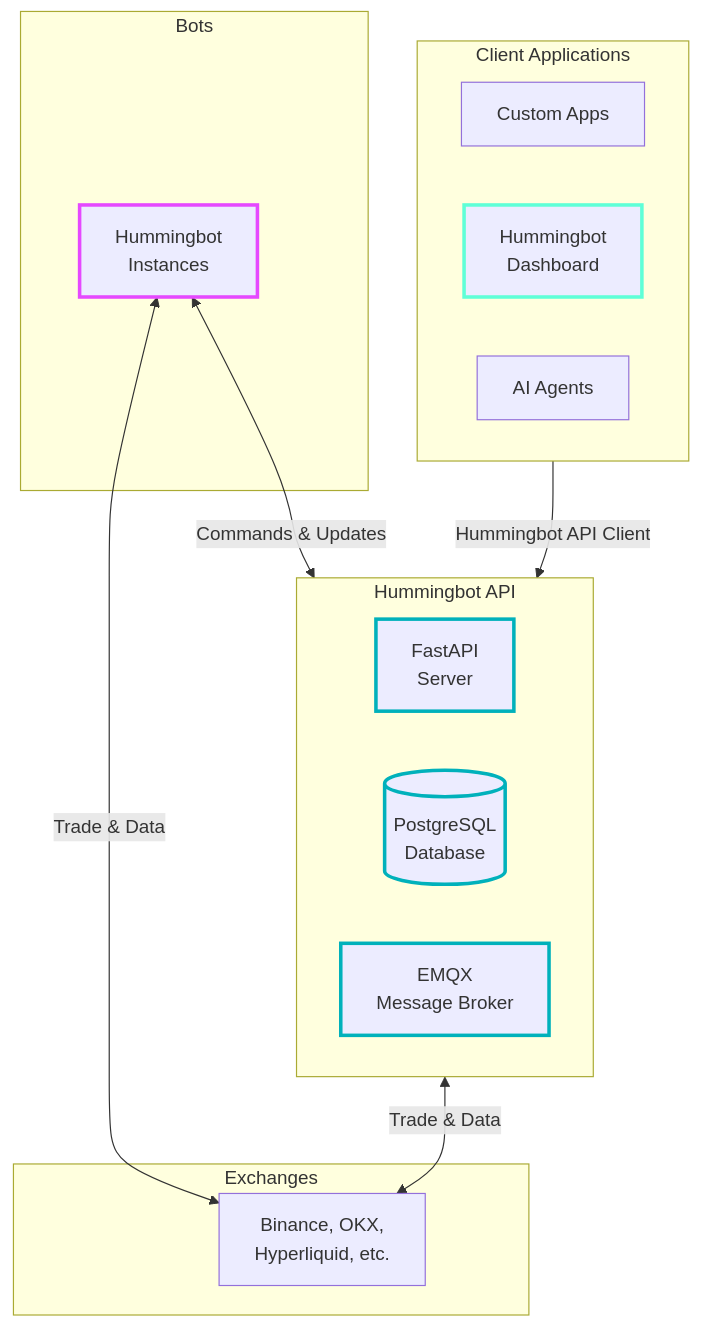
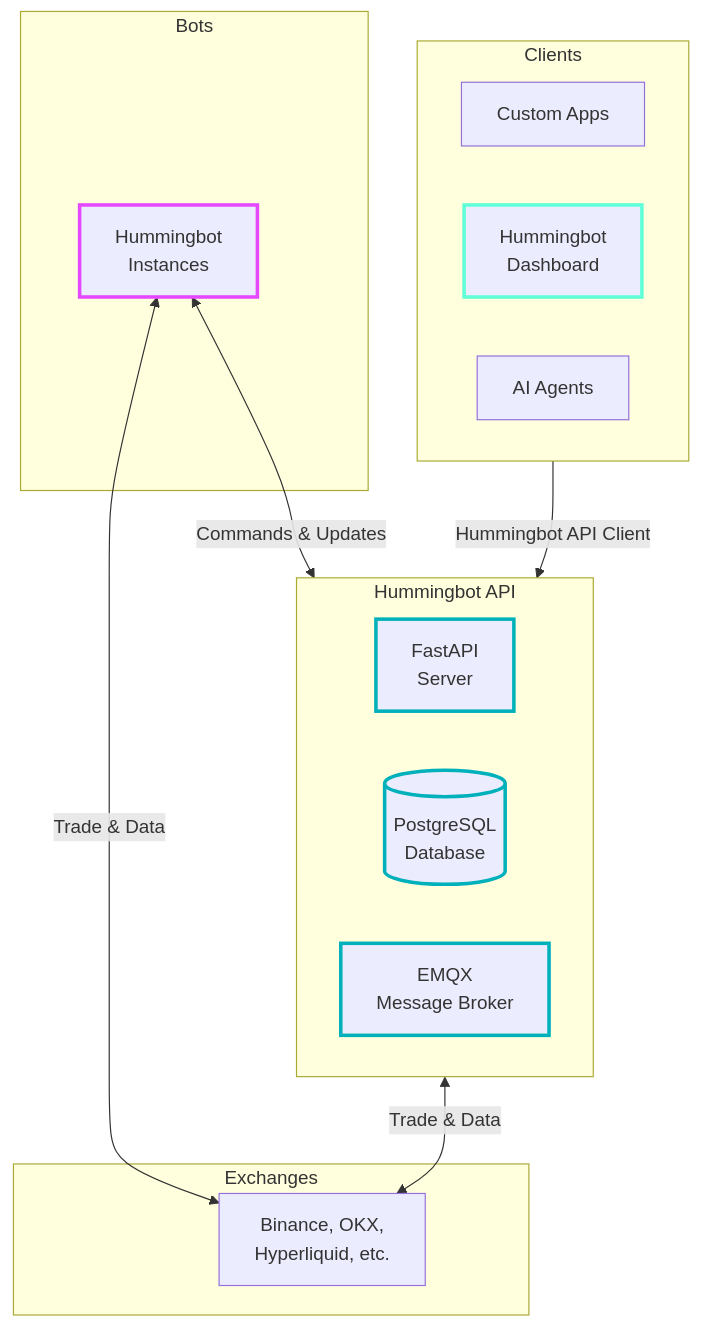
One commit to hummingbot/hummingbot-site changed the diagram in docs/hummingbot-api/index.md. Above: the diagram before and after it, drawn with Mermaid.

Commit message:
Fix typo: Change 'Client Applications' to 'Clients' in Mermaid diagram
🤖 Generated with [Claude Code](https://claude.ai/code)

````diff
--- a/docs/hummingbot-api/index.md
+++ b/docs/hummingbot-api/index.md
@@ -23,43 +23,43 @@
 ```mermaid
 graph TB
-    subgraph "Client Applications"
+    subgraph "Clients"
         direction LR
         CUSTOM[Custom Apps]
         DASH[Hummingbot<br/>Dashboard]
         AI[AI Agents]
     end
     
     subgraph "Hummingbot API"
         direction LR
         API["FastAPI<br/>Server<br/>"]
         PG[(PostgreSQL<br/>Database)]
         MQTT[EMQX<br/>Message Broker]
     end
     
     subgraph "Bots"
         BOTS[Hummingbot<br/>Instances]
     end
     
     subgraph "Exchanges"
         EX[Binance, OKX,<br/>Hyperliquid, etc.]
     end
     
     %% Client connections using API Client
     DASH -->|Hummingbot API Client| API
         
     %% Bot connections
     BOTS <-->|Commands & Updates| MQTT
     
     %% Exchange connections
     BOTS <-->|Trade & Data| EX
     API <-->|Trade & Data| EX
     
     %% Apply theme colors
     classDef clientStyle stroke:#5FFFD7,stroke-width:3px
     classDef apiStyle stroke:#00B1BB,stroke-width:3px
     classDef botsStyle stroke:#E549FF,stroke-width:3px
     
     class DASH clientStyle
     class API,PG,MQTT apiStyle
     class BOTS botsStyle
 ```
````
